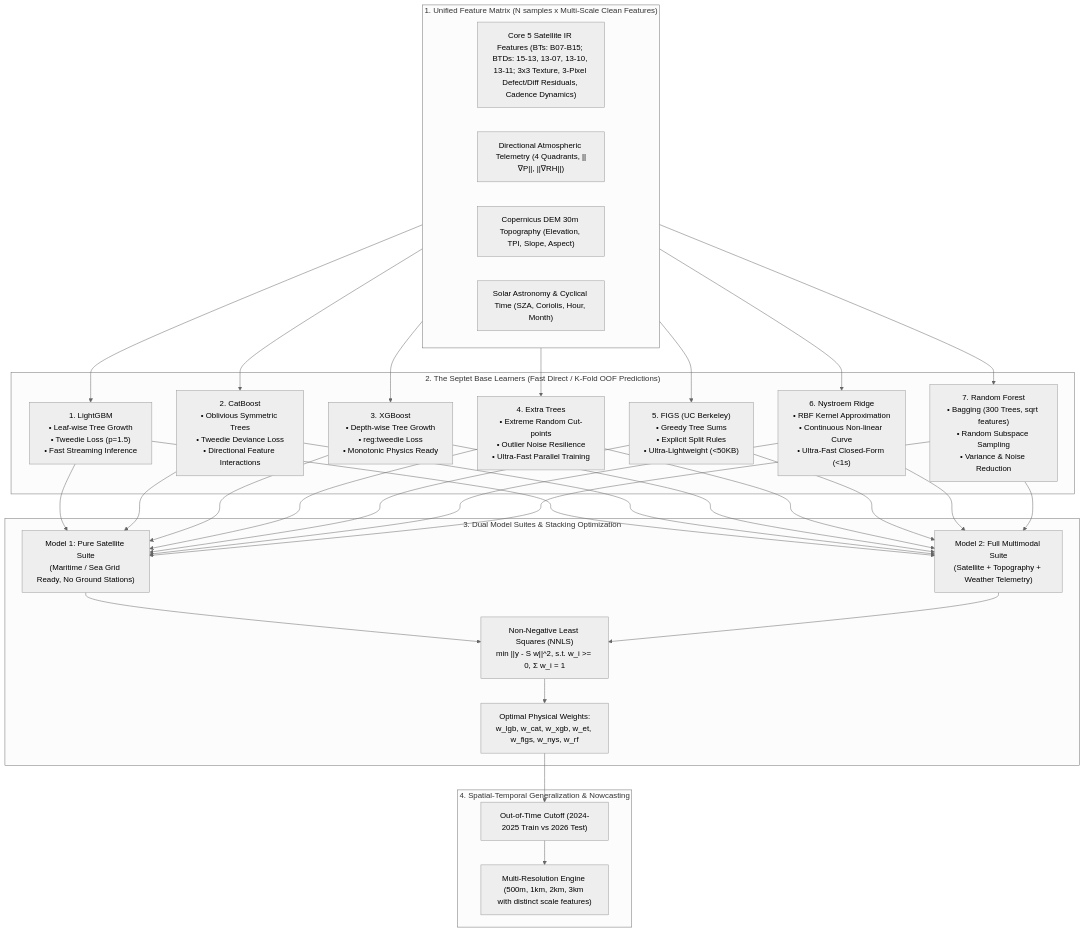
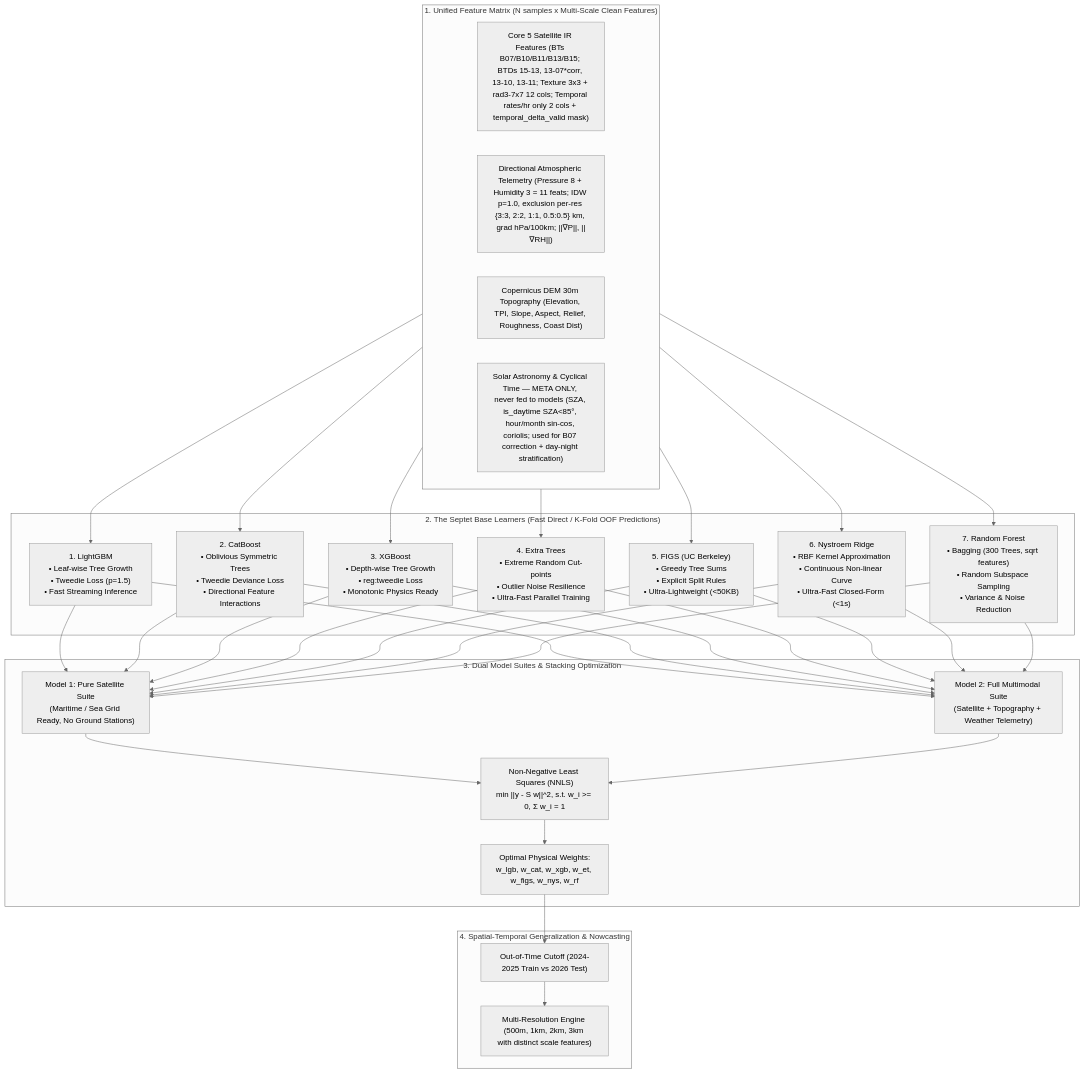
The first of 2 diagrams in technical-model.md (korarit/dust-from-satellite-image-thailand), drawn with Mermaid (neutral theme) before and after one commit. The commit also changed other lines of this file and 3 other files, not shown here.

Commit message:
docs: sync 4 docs with src (Septet 7, Clean 45 schema, mono x2, meta-only solar)

````diff
--- a/technical-model.md
+++ b/technical-model.md
@@ -15,36 +15,36 @@
 ```mermaid
 flowchart TD
     subgraph InputMatrix ["1. Unified Feature Matrix (N samples x Multi-Scale Clean Features)"]
-        F1["Core 5 Satellite IR Features (BTs: B07-B15; BTDs: 15-13, 13-07, 13-10, 13-11; 3x3 Texture, 3-Pixel Defect/Diff Residuals, Cadence Dynamics)"]
-        F2["Directional Atmospheric Telemetry (4 Quadrants, ||∇P||, ||∇RH||)"]
-        F3["Copernicus DEM 30m Topography (Elevation, TPI, Slope, Aspect)"]
-        F4["Solar Astronomy & Cyclical Time (SZA, Coriolis, Hour, Month)"]
+        F1["Core 5 Satellite IR Features (BTs B07/B10/B11/B13/B15; BTDs 15-13, 13-07*corr, 13-10, 13-11; Texture 3x3 + rad3-7x7 12 cols; Temporal rates/hr only 2 cols + temporal_delta_valid mask)"]
+        F2["Directional Atmospheric Telemetry (Pressure 8 + Humidity 3 = 11 feats; IDW p=1.0, exclusion per-res {3:3, 2:2, 1:1, 0.5:0.5} km, grad hPa/100km; ||∇P||, ||∇RH||)"]
+        F3["Copernicus DEM 30m Topography (Elevation, TPI, Slope, Aspect, Relief, Roughness, Coast Dist)"]
+        F4["Solar Astronomy & Cyclical Time — META ONLY, never fed to models (SZA, is_daytime SZA<85°, hour/month sin-cos, coriolis; used for B07 correction + day-night stratification)"]
     end
 
     subgraph SeptetSuite ["2. The Septet Base Learners (Fast Direct / K-Fold OOF Predictions)"]
         LGB["1. LightGBM<br>• Leaf-wise Tree Growth<br>• Tweedie Loss (p=1.5)<br>• Fast Streaming Inference"]
         CAT["2. CatBoost<br>• Oblivious Symmetric Trees<br>• Tweedie Deviance Loss<br>• Directional Feature Interactions"]
         XGB["3. XGBoost<br>• Depth-wise Tree Growth<br>• reg:tweedie Loss<br>• Monotonic Physics Ready"]
         ET["4. Extra Trees<br>• Extreme Random Cut-points<br>• Outlier Noise Resilience<br>• Ultra-Fast Parallel Training"]
         FIGS["5. FIGS (UC Berkeley)<br>• Greedy Tree Sums<br>• Explicit Split Rules<br>• Ultra-Lightweight (<50KB)"]
         NYS["6. Nystroem Ridge<br>• RBF Kernel Approximation<br>• Continuous Non-linear Curve<br>• Ultra-Fast Closed-Form (<1s)"]
         RF["7. Random Forest<br>• Bagging (300 Trees, sqrt features)<br>• Random Subspace Sampling<br>• Variance & Noise Reduction"]
     end
 
     subgraph DualArchitectures ["3. Dual Model Suites & Stacking Optimization"]
         M1["Model 1: Pure Satellite Suite<br>(Maritime / Sea Grid Ready, No Ground Stations)"]
         M2["Model 2: Full Multimodal Suite<br>(Satellite + Topography + Weather Telemetry)"]
         NNLS["Non-Negative Least Squares (NNLS)<br>min ||y - S w||^2, s.t. w_i >= 0, Σ w_i = 1"]
         Weights["Optimal Physical Weights:<br>w_lgb, w_cat, w_xgb, w_et, w_figs, w_nys, w_rf"]
     end
 
     subgraph Evaluation ["4. Spatial-Temporal Generalization & Nowcasting"]
         OOT["Out-of-Time Cutoff (2024-2025 Train vs 2026 Test)"]
         Nowcast["Multi-Resolution Engine (500m, 1km, 2km, 3km with distinct scale features)"]
     end
 
     InputMatrix --> LGB & CAT & XGB & ET & FIGS & NYS & RF
     LGB & CAT & XGB & ET & FIGS & NYS & RF --> M1 & M2
     M1 & M2 --> NNLS --> Weights
     Weights --> OOT --> Nowcast
 ```
````
